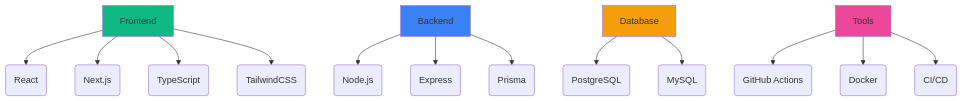
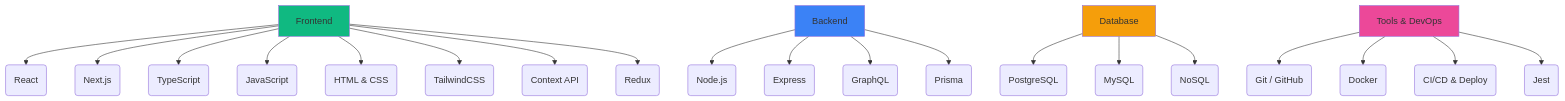
The diagram in README.md (RFernandes10/RFernandes10), drawn with Mermaid before and after one commit.

Commit message:
Update README.md
Versão Final Corrigida e Atulizada 2.0

````diff
--- a/README.md
+++ b/README.md
@@ -84,23 +84,30 @@
 ```mermaid
 graph TB
     A[Frontend] --> B(React)
     A --> C(Next.js)
     A --> D(TypeScript)
-    A --> E(TailwindCSS)
+    A --> E(JavaScript)
+    A --> F(HTML & CSS)
+    A --> G(TailwindCSS)
+    A --> H(Context API)
+    A --> I(Redux)
 
-    F[Backend] --> G(Node.js)
-    F --> H(Express)
-    F --> I(Prisma)
+    J[Backend] --> K(Node.js)
+    J --> L(Express)
+    J --> M(GraphQL)
+    J --> N(Prisma)
 
-    J[Database] --> K(PostgreSQL)
-    J --> L(MySQL)
+    O[Database] --> P(PostgreSQL)
+    O --> Q(MySQL)
+    O --> R(NoSQL)
 
-    M[Tools] --> N(GitHub Actions)
-    M --> O(Docker)
-    M --> P(CI/CD)
+    S[Tools & DevOps] --> T(Git / GitHub)
+    S --> U(Docker)
+    S --> V(CI/CD & Deploy)
+    S --> W(Jest)
 
     style A fill:#10B981
-    style F fill:#3B82F6
-    style J fill:#F59E0B
-    style M fill:#EC4899
+    style J fill:#3B82F6
+    style O fill:#F59E0B
+    style S fill:#EC4899
 ```
````
